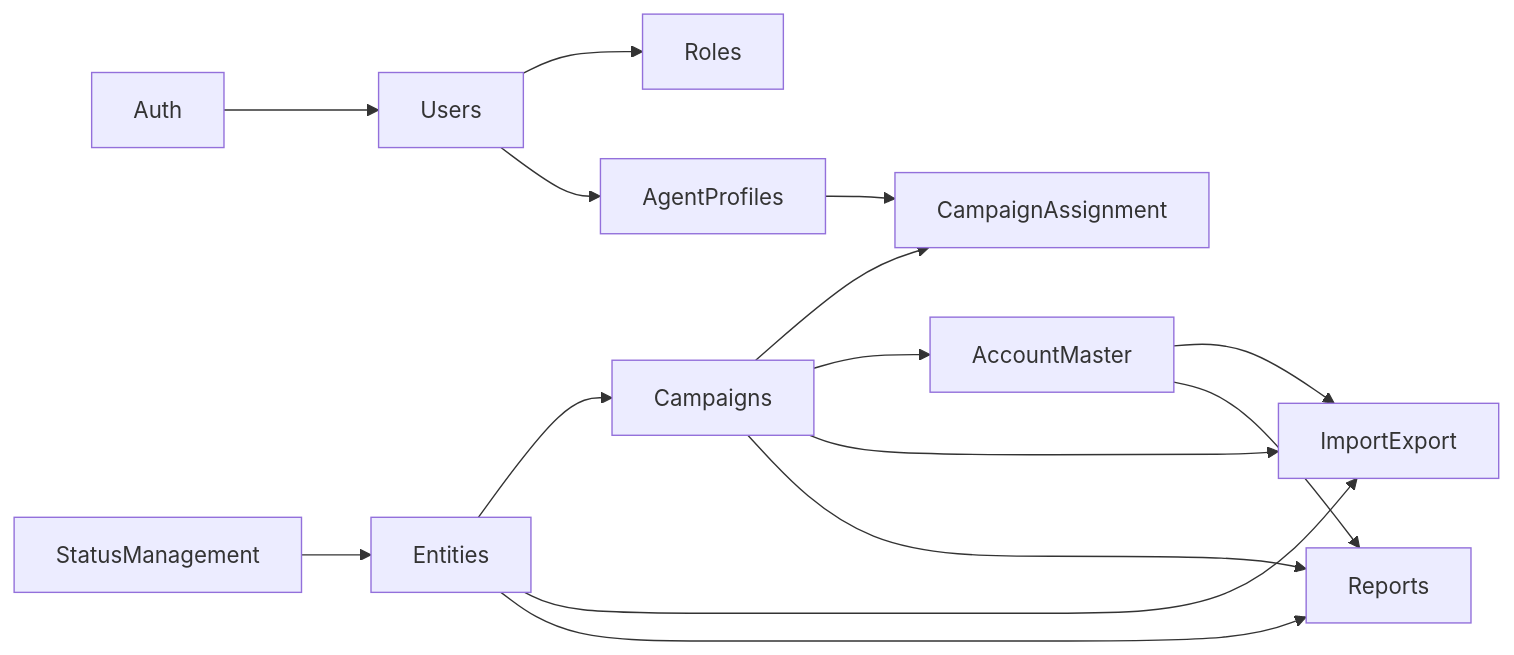
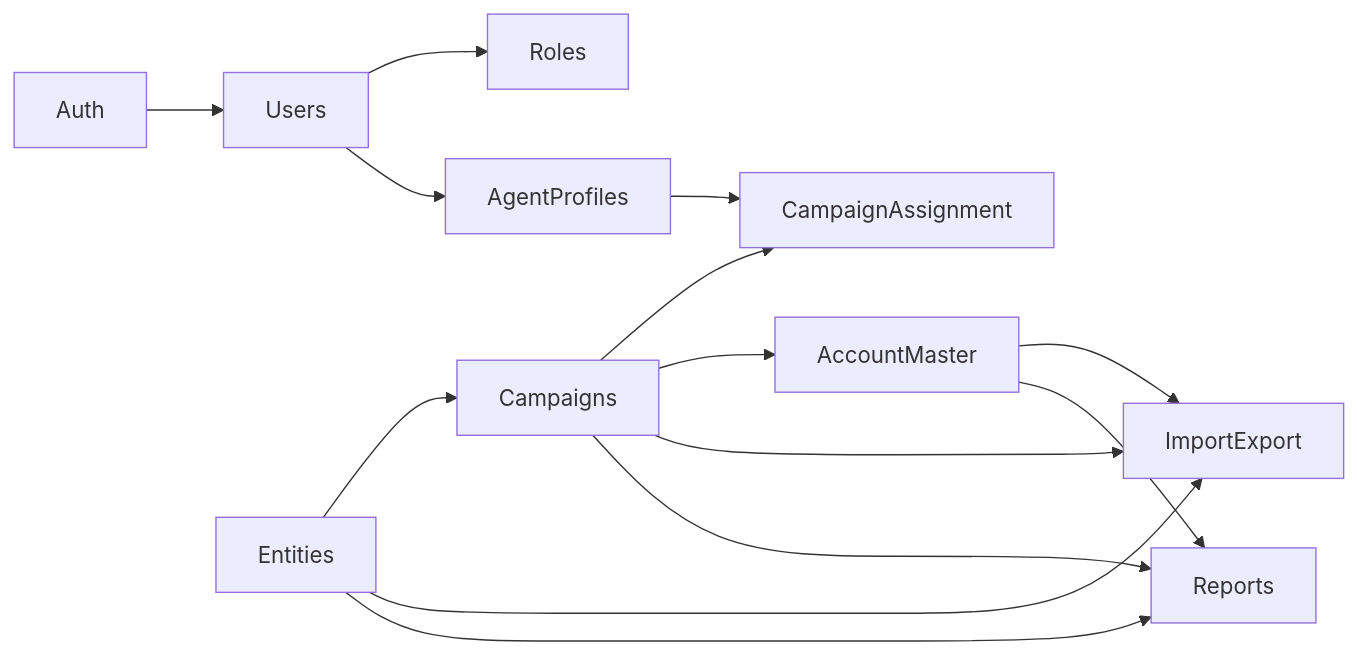
The diagram in docs/04-modules.md (everettvergara/Collectimate2-Collectimate-FrontEnd), drawn with Mermaid before and after one commit. The commit also changed other lines of this file and 156 other files, not shown here.

````diff
--- a/docs/04-modules.md
+++ b/docs/04-modules.md
@@ -92,17 +92,16 @@
 ```mermaid
 flowchart LR
   Auth --> Users
   Users --> Roles
   Users --> AgentProfiles
-  StatusManagement --> Entities
   Entities --> Campaigns
   AgentProfiles --> CampaignAssignment
   Campaigns --> CampaignAssignment
   Campaigns --> AccountMaster
   AccountMaster --> ImportExport
   Entities --> ImportExport
   Campaigns --> ImportExport
   AccountMaster --> Reports
   Entities --> Reports
   Campaigns --> Reports
 ```
````
